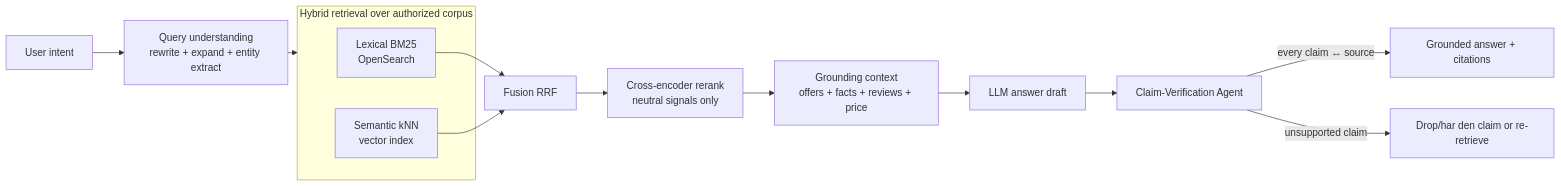
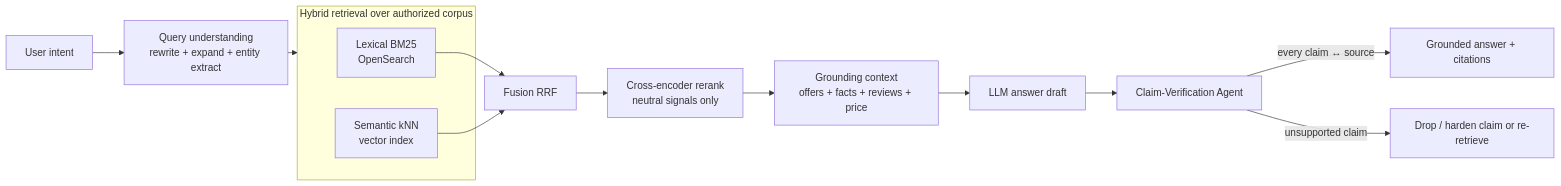
One commit to nexus-commerce-os/nexus-commerce-os changed the seventh of 14 diagrams in docs/05-ai-architecture.md. Above: the diagram before and after it, drawn with Mermaid. The commit also changed other lines of this file and 115 other files, not shown here.

````diff
--- a/docs/05-ai-architecture.md
+++ b/docs/05-ai-architecture.md
@@ -361,15 +361,15 @@
 ```mermaid
 flowchart LR
     Q[User intent] --> RW[Query understanding<br/>rewrite + expand + entity extract]
     RW --> HY[Hybrid retrieval]
     subgraph HY[Hybrid retrieval over authorized corpus]
       LEX[Lexical BM25<br/>OpenSearch]
       SEM[Semantic kNN<br/>vector index]
     end
     LEX & SEM --> FUSE[Fusion RRF] --> RERANK[Cross-encoder rerank<br/>neutral signals only]
     RERANK --> CTX[Grounding context<br/>offers + facts + reviews + price]
     CTX --> LLM[LLM answer draft]
     LLM --> CV[Claim-Verification Agent]
     CV -->|every claim ↔ source| OUT[Grounded answer + citations]
-    CV -->|unsupported claim| DROP[Drop/har den claim or re-retrieve]
+    CV -->|unsupported claim| DROP[Drop / harden claim or re-retrieve]
 ```
````
